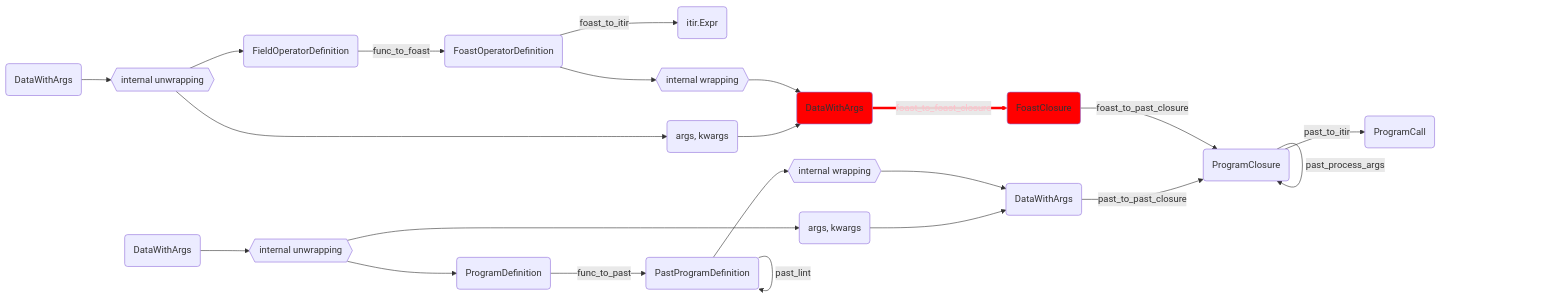
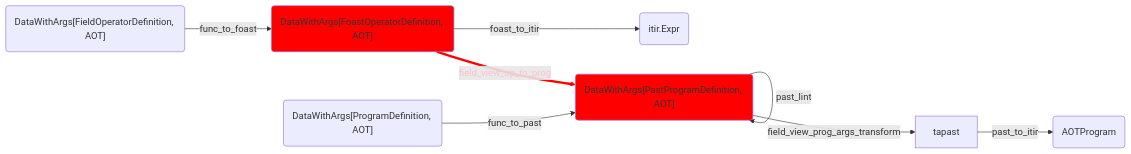
One commit to GridTools/gt4py changed the fourth of 10 diagrams in docs/user/next/advanced/ToolchainWalkthrough.md. Above: the diagram before and after it, drawn with Mermaid. The commit also changed other lines of this file and 10 other files, not shown here.

````diff
--- a/docs/user/next/advanced/ToolchainWalkthrough.md
+++ b/docs/user/next/advanced/ToolchainWalkthrough.md
@@ -160,30 +116,16 @@
 ```mermaid
 graph LR
 
-fdef(FieldOperatorDefinition) -->|func_to_foast| foast(FoastOperatorDefinition)
+fdef("DataWithArgs[FieldOperatorDefinition, AOT]") -->|func_to_foast| foast("DataWithArgs[FoastOperatorDefinition, AOT]")
 foast -->|foast_to_itir| itir_expr(itir.Expr)
-foasta -->|foast_to_foast_closure| fclos(FoastClosure)
-fclos -->|foast_to_past_closure| pclos(PastClosure)
-pclos -->|past_process_args| pclos
-pclos -->|past_to_itir| pcall(ProgramCall)
+foast -->|field_view_op_to_prog| past("DataWithArgs[PastProgramDefinition, AOT]")
+past -->|past_lint| past
+past -->|field_view_prog_args_transform| tapast
+tapast -->|past_to_itir| pcall(AOTProgram)
 
-pdef(ProgramDefinition) -->|func_to_past| past(PastProgramDefinition)
-past -->|past_lint| past
-pasta -->|past_to_past_closure| pclos(ProgramClosure)
+pdef("DataWithArgs[ProgramDefinition, AOT]") -->|func_to_past| past("DataWithArgs[PastProgramDefinition, AOT]")
 
-fdefa(DataWithArgs) --> fuwr{{"internal unwrapping"}} --> fdef
-fuwr --> fargs(args, kwargs)
-
-foast --> fiwr{{"internal wrapping"}} --> foasta(DataWithArgs)
-fargs --> foasta
-
-pdefa(DataWithArgs) --> puwr{{"internal unwrapping"}} --> pdef
-puwr --> pargs(args, kwargs)
-
-past --> piwr{{"internal wrapping"}} --> pasta(DataWithArgs)
-pargs --> pasta
-
-style foasta fill:red
-style fclos fill:red
+style foast fill:red
+style past fill:red
 linkStyle 2 stroke:red,stroke-width:4px,color:pink
 ```
````
